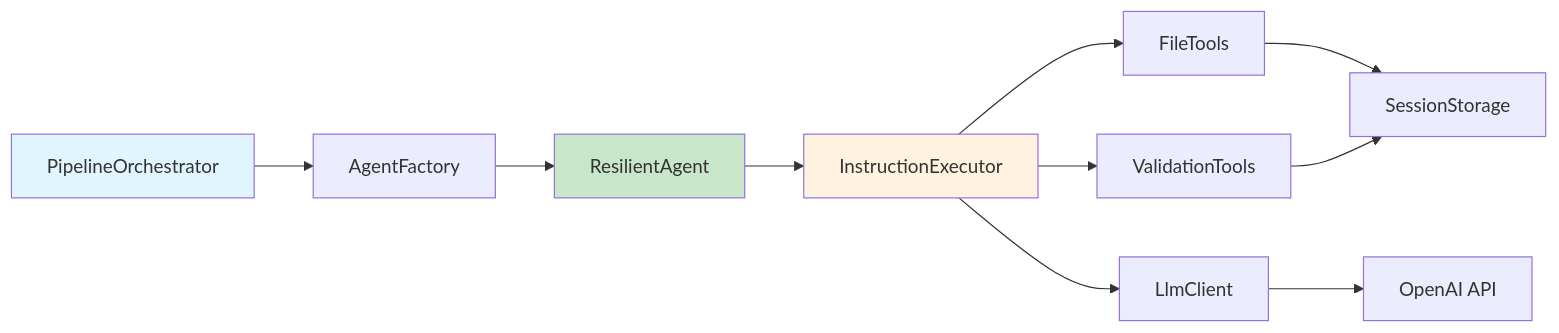
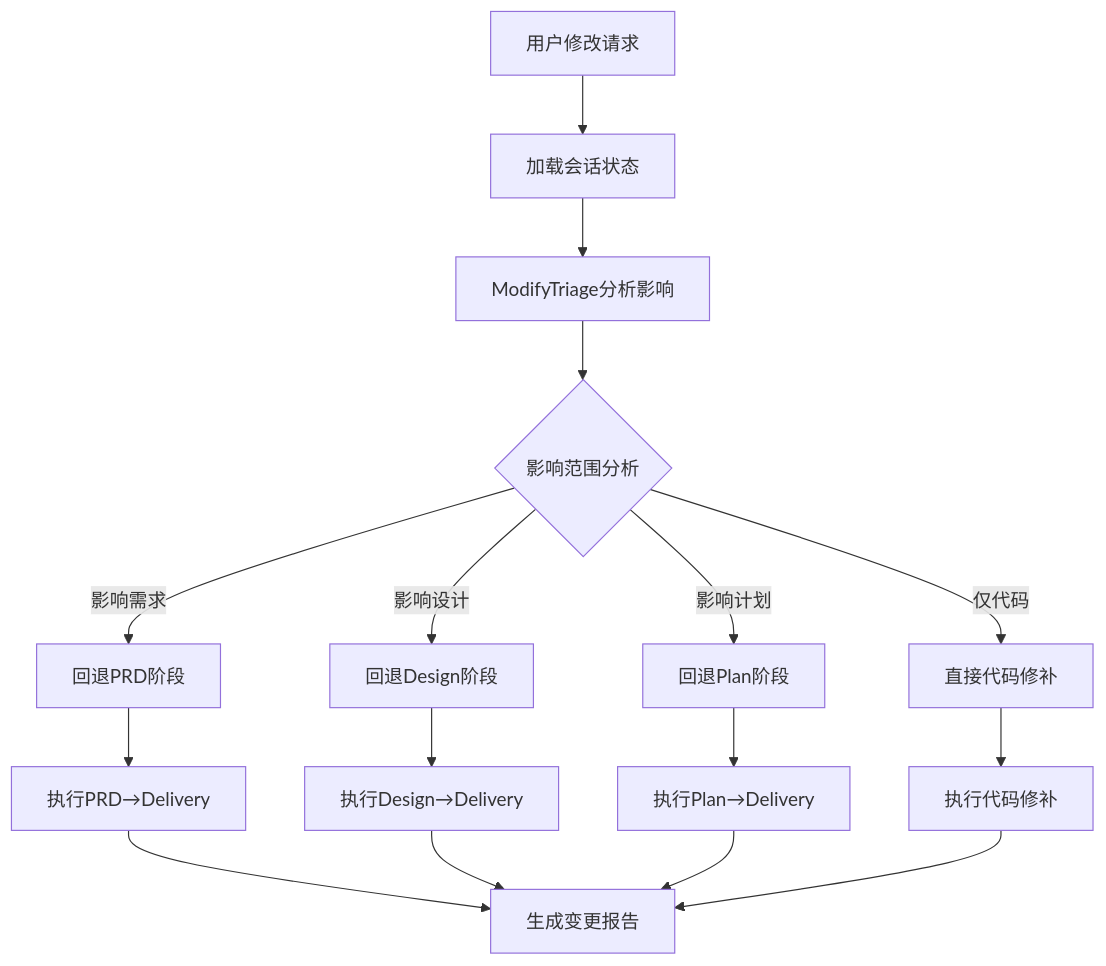
Before and after one commit to sopaco/cowork-forge: the eighth of 11 diagrams in litho.docs/zh/2、架构概览.md, drawn with Mermaid. The commit also changed other lines of this file and 34 other files, not shown here.

````diff
--- a/litho.docs/zh/2、架构概览.md
+++ b/litho.docs/zh/2、架构概览.md
@@ -262,17 +366,21 @@
 ```mermaid
-graph LR
-    A[PipelineOrchestrator] --> B[AgentFactory]
-    B --> C[ResilientAgent]
-    C --> D[InstructionExecutor]
-    D --> E[FileTools]
-    D --> F[ValidationTools]
-    D --> G[LlmClient]
-    G --> H[OpenAI API]
+graph TD
+    A[用户修改请求] --> B[加载会话状态]
+    B --> C[ModifyTriage分析影响]
+    C --> D{影响范围分析}
     
-    E --> I[SessionStorage]
-    F --> I
+    D -->|影响需求| E[回退PRD阶段]
+    D -->|影响设计| F[回退Design阶段] 
+    D -->|影响计划| G[回退Plan阶段]
+    D -->|仅代码| H[直接代码修补]
     
-    style A fill:#e1f5fe
-    style C fill:#c8e6c9
-    style D fill:#fff3e0
+    E --> I[执行PRD→Delivery]
+    F --> J[执行Design→Delivery]
+    G --> K[执行Plan→Delivery]
+    H --> L[执行代码修补]
+    
+    I --> M[生成变更报告]
+    J --> M
+    K --> M
+    L --> M
 ```
````
